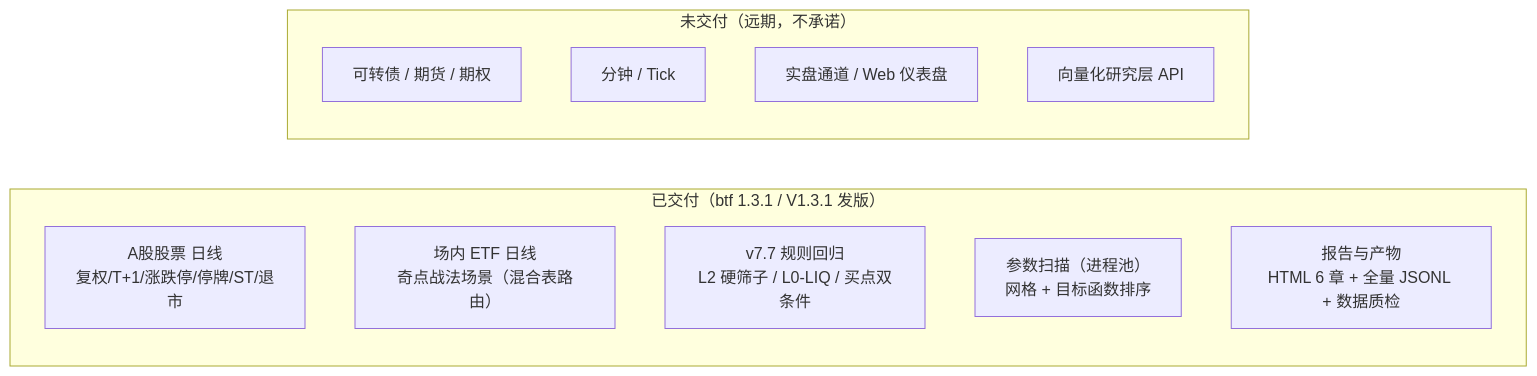
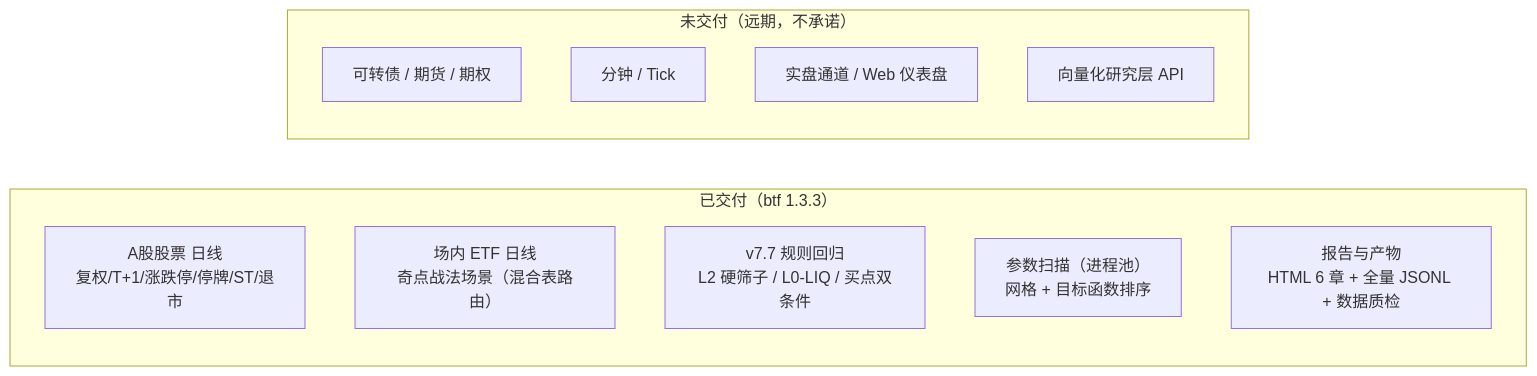
Before and after one commit to 1716250001/quant-strategy-infrastructure: the diagram in 代码架构/回测工具架构/01-总览与定位.md, drawn with Mermaid. The commit also changed other lines of this file and 32 other files, not shown here.

````diff
--- a/代码架构/回测工具架构/01-总览与定位.md
+++ b/代码架构/回测工具架构/01-总览与定位.md
@@ -125,16 +125,16 @@
 ```mermaid
 flowchart LR
-    subgraph 已交付["已交付（btf 1.3.1 / V1.3.1 发版）"]
+    subgraph 已交付["已交付（btf 1.3.3）"]
         A1["A股股票 日线<br/>复权/T+1/涨跌停/停牌/ST/退市"]
         A2["场内 ETF 日线<br/>奇点战法场景（混合表路由）"]
         A3["v7.7 规则回归<br/>L2 硬筛子 / L0-LIQ / 买点双条件"]
         A4["参数扫描（进程池）<br/>网格 + 目标函数排序"]
         A5["报告与产物<br/>HTML 6 章 + 全量 JSONL + 数据质检"]
     end
     subgraph 未交付["未交付（远期，不承诺）"]
         B1["可转债 / 期货 / 期权"]
         B2["分钟 / Tick"]
         B3["实盘通道 / Web 仪表盘"]
         B4["向量化研究层 API"]
     end
 ```
````
